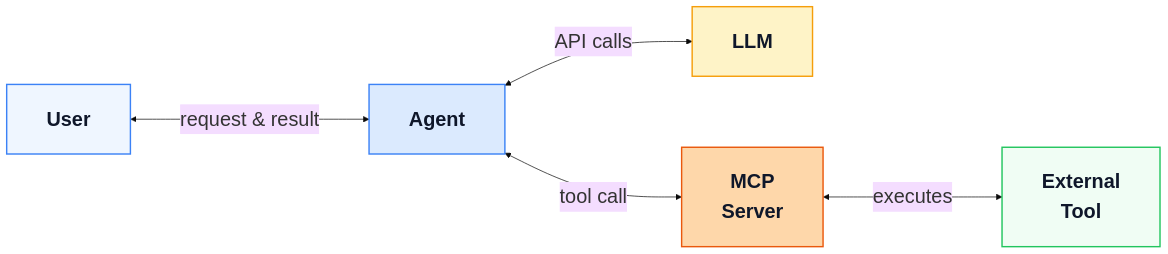
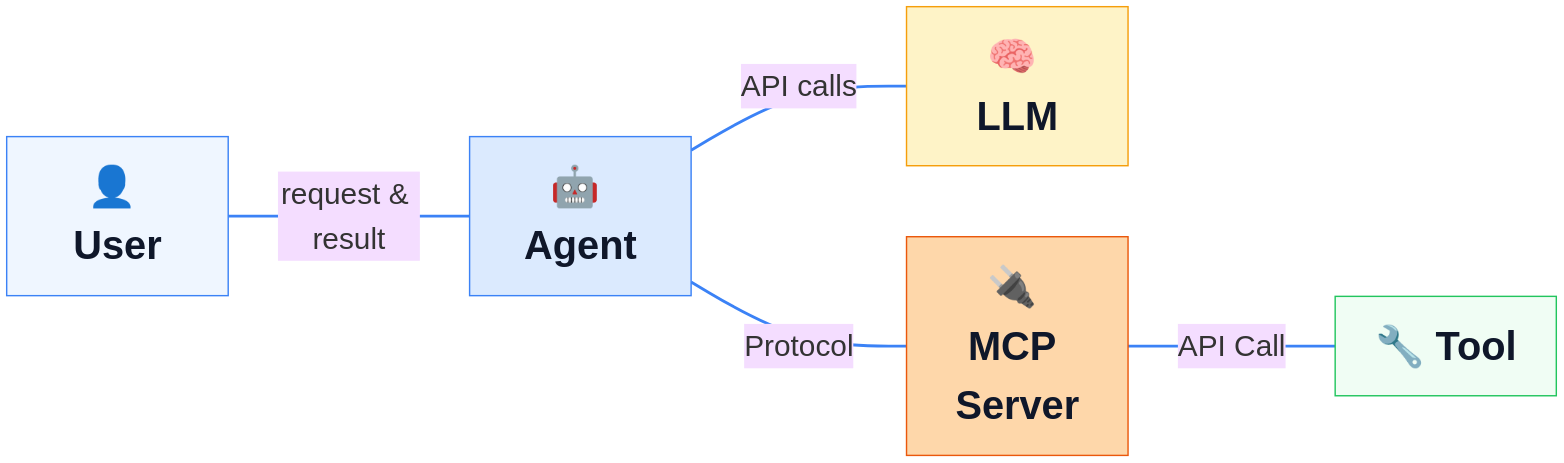
Before and after one commit to kerryback/mgmt675: the second of 2 diagrams in slides/m9-mcp.qmd, drawn with Mermaid. The commit also changed other lines of this file and 26 other files, not shown here.

First line of the commit message:
Add MCP diagram to m9, claude.ai skills slide to m6, move exercises to resources

````diff
--- a/slides/m9-mcp.qmd
+++ b/slides/m9-mcp.qmd
@@ -80,15 +80,17 @@
 ```{mermaid}
 %%| fig-width: 16
-%%{init: {'theme': 'base', 'themeVariables': {'fontSize': '28px'}, 'flowchart': {'nodeSpacing': 100, 'rankSpacing': 140, 'padding': 28, 'useMaxWidth': true}}}%%
+%%{init: {'theme': 'base', 'themeVariables': {'fontSize': '42px'}, 'flowchart': {'nodeSpacing': 100, 'rankSpacing': 140, 'padding': 28, 'useMaxWidth': true}}}%%
 flowchart LR
-  U["<b>User</b>"] <-->|"request & result"| A["<b>Agent</b>"]
-  A <-->|"API calls"| L["<b>LLM</b>"]
-  A <-->|"tool call"| M["<b>MCP<br>Server</b>"]
-  M <-->|"executes"| T["<b>External<br>Tool</b>"]
+  U["<b>👤 User</b>"] ---|"request & result"| A["<b>🤖 Agent</b>"]
+  A ---|"API calls"| L["<b>🧠 LLM</b>"]
+  A ---|"Protocol"| M["<b>🔌 MCP Server</b>"]
+  M ---|"API Call"| T["<b>🔧 Tool</b>"]
 
-  style U fill:#eff6ff,stroke:#3b82f6,stroke-width:2px,color:#0f172a,font-size:28px,padding:24px
-  style A fill:#dbeafe,stroke:#3b82f6,stroke-width:2px,color:#0f172a,font-size:28px,padding:24px
-  style L fill:#fef3c7,stroke:#f59e0b,stroke-width:2px,color:#0f172a,font-size:28px,padding:24px
-  style M fill:#fed7aa,stroke:#ea580c,stroke-width:2px,color:#0f172a,font-size:28px,padding:24px
-  style T fill:#f0fdf4,stroke:#22c55e,stroke-width:2px,color:#0f172a,font-size:28px,padding:24px
+  style U fill:#eff6ff,stroke:#3b82f6,stroke-width:2px,color:#0f172a,font-size:56px,padding:24px
+  style A fill:#dbeafe,stroke:#3b82f6,stroke-width:2px,color:#0f172a,font-size:56px,padding:24px
+  style L fill:#fef3c7,stroke:#f59e0b,stroke-width:2px,color:#0f172a,font-size:56px,padding:24px
+  style M fill:#fed7aa,stroke:#ea580c,stroke-width:2px,color:#0f172a,font-size:56px,padding:24px
+  style T fill:#f0fdf4,stroke:#22c55e,stroke-width:2px,color:#0f172a,font-size:56px,padding:24px
+
+  linkStyle default stroke:#3b82f6,stroke-width:4px
 ```
````
